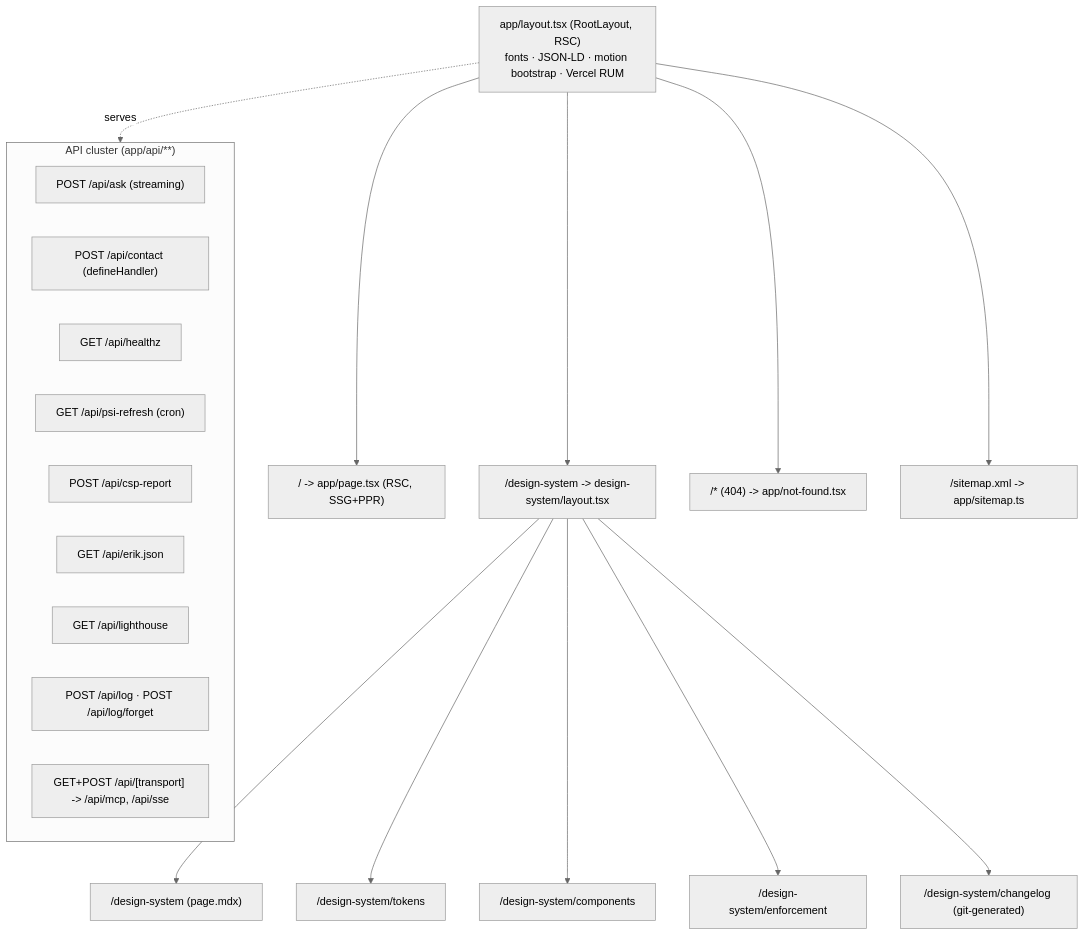
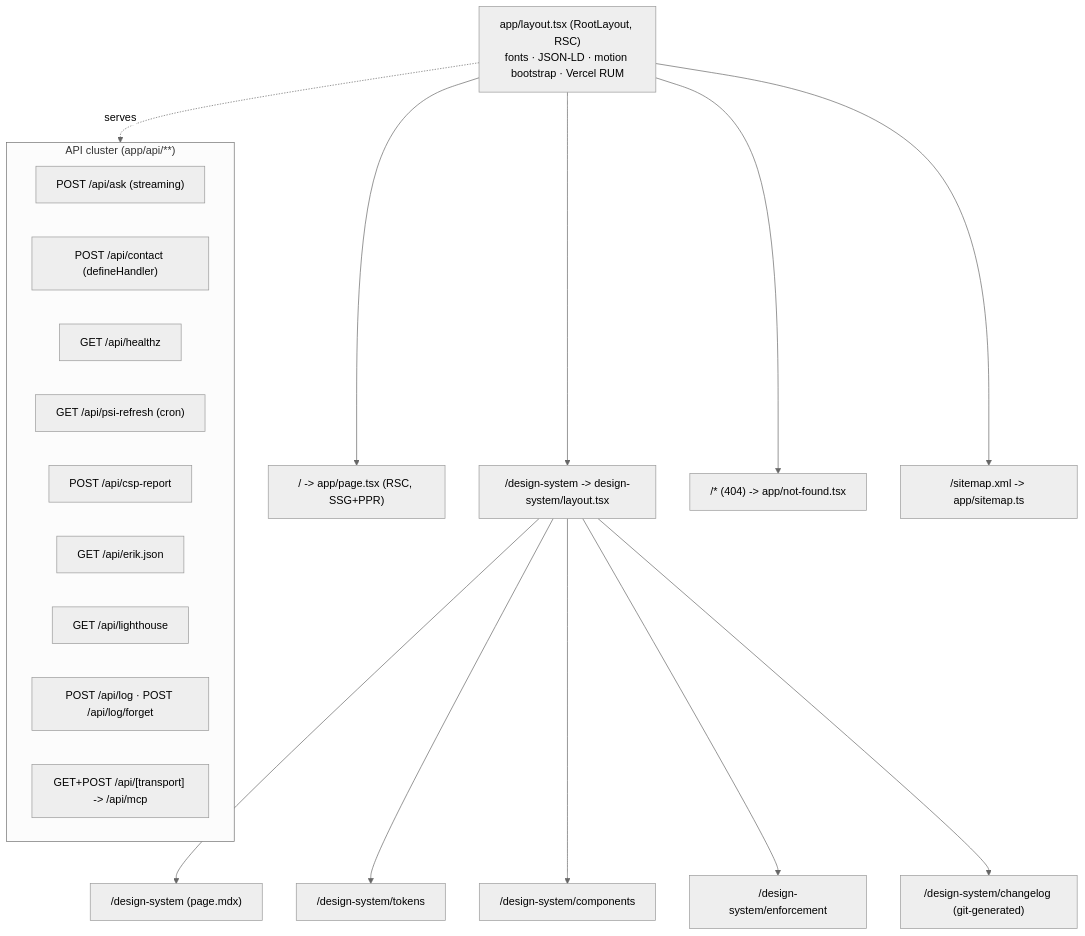
Before and after one commit to erikunha/portfolio: the first of 6 diagrams in docs/03-rendering-and-data-flow.md, drawn with Mermaid (neutral theme). The commit also changed 4 other files, not shown here.

First line of the commit message:
fix(api): move the MCP route to MCP SDK v2 for mcp-handler 2

````diff
--- a/docs/03-rendering-and-data-flow.md
+++ b/docs/03-rendering-and-data-flow.md
@@ -7,25 +7,25 @@
 ```mermaid
 flowchart TD
     layout["app/layout.tsx (RootLayout, RSC)<br/>fonts · JSON-LD · motion bootstrap · Vercel RUM"]
     layout --> home["/ -> app/page.tsx (RSC, SSG+PPR)"]
     layout --> ds["/design-system -> design-system/layout.tsx"]
     layout --> nf["/* (404) -> app/not-found.tsx"]
     layout --> sm["/sitemap.xml -> app/sitemap.ts"]
     ds --> ds1["/design-system (page.mdx)"]
     ds --> ds2["/design-system/tokens"]
     ds --> ds3["/design-system/components"]
     ds --> ds4["/design-system/enforcement"]
     ds --> ds5["/design-system/changelog (git-generated)"]
     subgraph api["API cluster (app/api/**)"]
       api1["POST /api/ask (streaming)"]
       api2["POST /api/contact (defineHandler)"]
       api3["GET /api/healthz"]
       api4["GET /api/psi-refresh (cron)"]
       api5["POST /api/csp-report"]
       api6["GET /api/erik.json"]
       api7["GET /api/lighthouse"]
       api8["POST /api/log · POST /api/log/forget"]
-      api9["GET+POST /api/[transport] -> /api/mcp, /api/sse"]
+      api9["GET+POST /api/[transport] -> /api/mcp"]
     end
     layout -.serves.-> api
 ```
````
